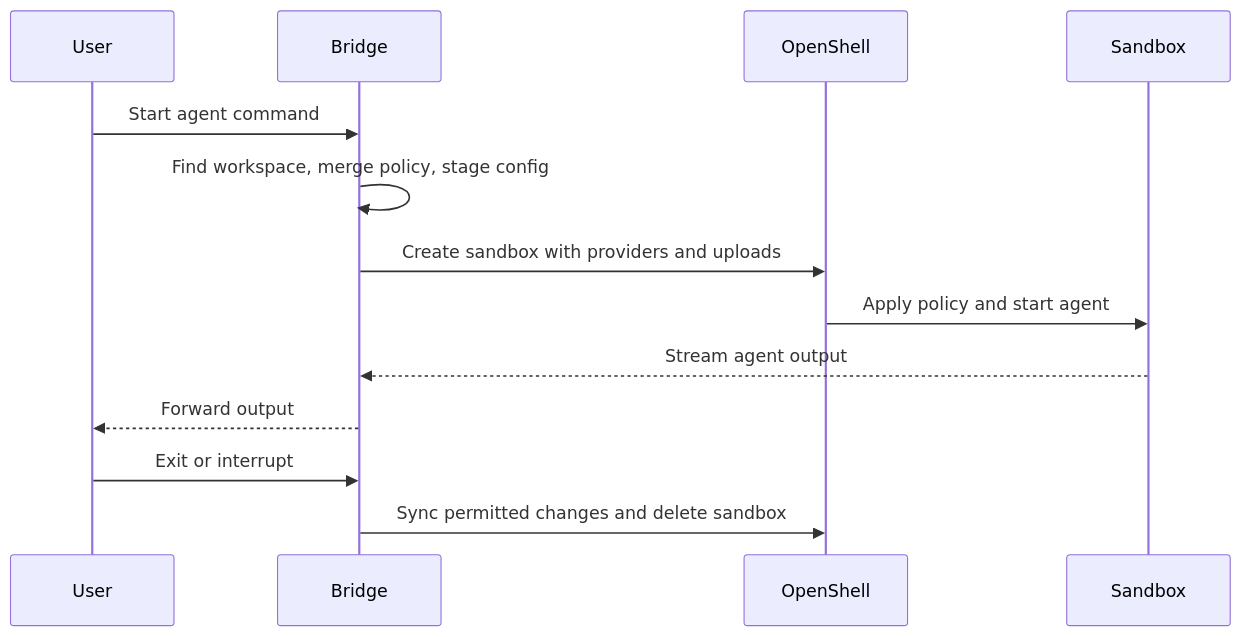
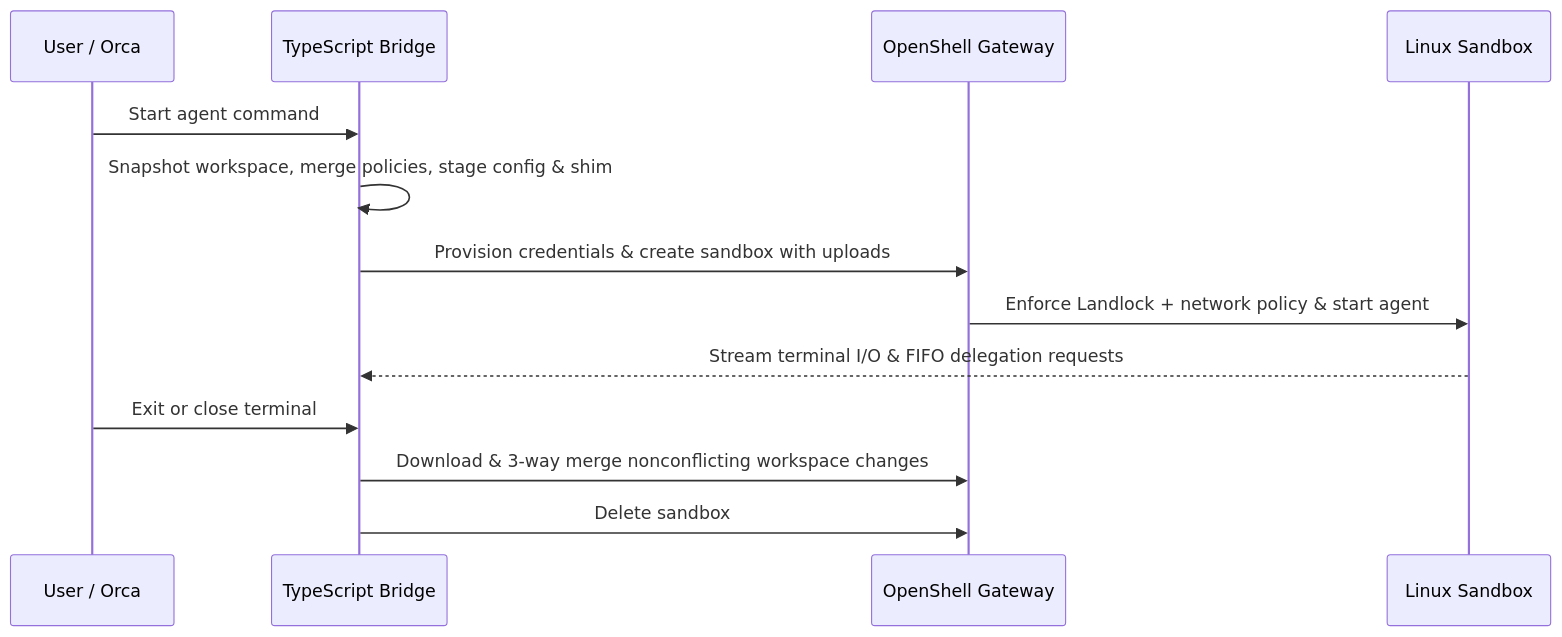
The second of 2 diagrams in README.md (klcd/ade-nvidia-openshell-plugin), drawn with Mermaid before and after one commit. The commit also changed other lines of this file and 2 other files, not shown here.

Commit message:
docs: update README and plugin documentation for Orca orchestration and auto-grant

````diff
--- a/README.md
+++ b/README.md
@@ -42,15 +82,15 @@
 ```mermaid
 sequenceDiagram
-    participant User
-    participant Bridge
-    participant OpenShell
-    participant Sandbox
+    participant User as User / Orca
+    participant Bridge as TypeScript Bridge
+    participant OpenShell as OpenShell Gateway
+    participant Sandbox as Linux Sandbox
     User->>Bridge: Start agent command
-    Bridge->>Bridge: Find workspace, merge policy, stage config
-    Bridge->>OpenShell: Create sandbox with providers and uploads
-    OpenShell->>Sandbox: Apply policy and start agent
-    Sandbox-->>Bridge: Stream agent output
-    Bridge-->>User: Forward output
-    User->>Bridge: Exit or interrupt
-    Bridge->>OpenShell: Sync permitted changes and delete sandbox
+    Bridge->>Bridge: Snapshot workspace, merge policies, stage config & shim
+    Bridge->>OpenShell: Provision credentials & create sandbox with uploads
+    OpenShell->>Sandbox: Enforce Landlock + network policy & start agent
+    Sandbox-->>Bridge: Stream terminal I/O & FIFO delegation requests
+    User->>Bridge: Exit or close terminal
+    Bridge->>OpenShell: Download & 3-way merge nonconflicting workspace changes
+    Bridge->>OpenShell: Delete sandbox
 ```
````
